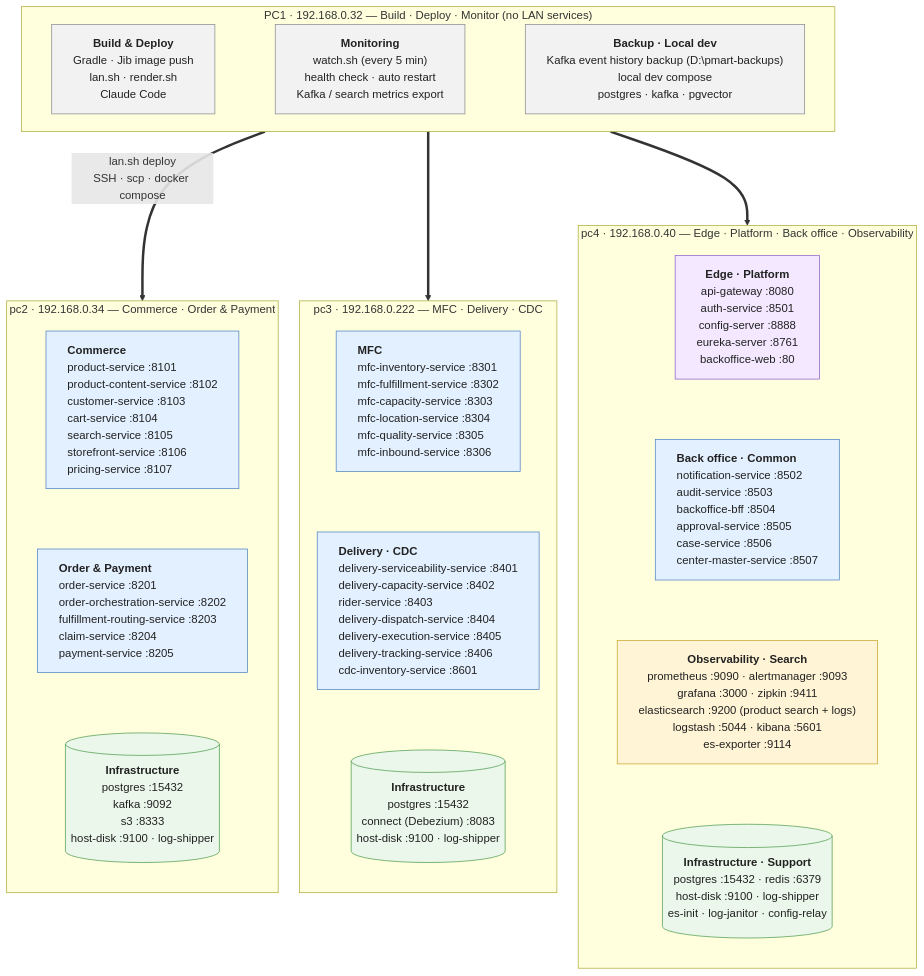
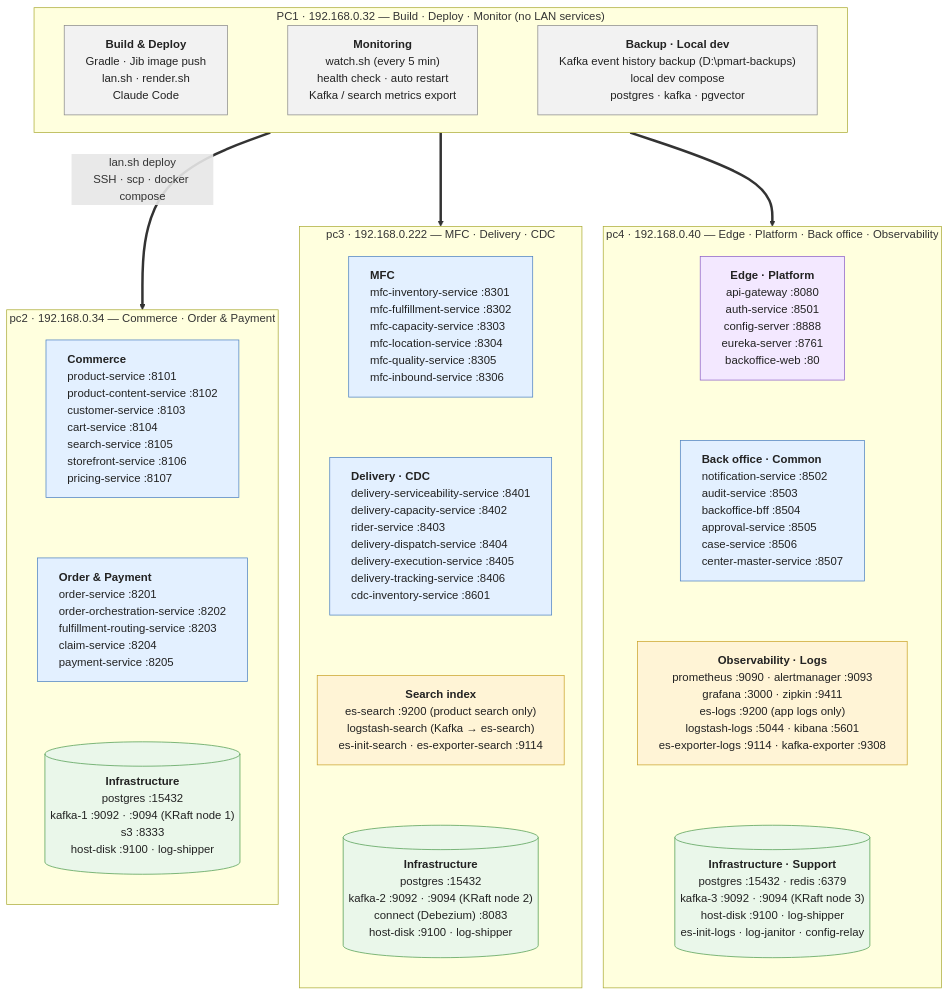
Before and after one commit to SOS040/pmart-backend-fork: the diagram in docs/architecture/diagrams/lan-placement.mmd, drawn with Mermaid. The commit also changed 10 other files, not shown here.

First line of the commit message:
docs: Kafka 3노드 클러스터·검색/로그 ES 분리 뒤 상태로 운영·구조 문서 갱신 (ADR-0037·0038)

```diff
--- a/docs/architecture/diagrams/lan-placement.mmd
+++ b/docs/architecture/diagrams/lan-placement.mmd
@@ -1,52 +1,53 @@
-%% LAN PC placement (2026-11-05, from deploy/lan/placement.conf and build/<pc>/compose.yml). Numbers are published ports.
+%% LAN PC placement (after 2026-11-06 switch — Kafka 3-node KRaft cluster ADR-0037, search/log ES split ADR-0038; from deploy/lan/placement.conf and build/<pc>/compose.yml). Numbers are published ports.
 %% Render: in docs/architecture/diagrams/ run  mmdc -i lan-placement.mmd -o lan-placement.png -s 3
 %%{init: {"flowchart": {"wrappingWidth": 420, "nodeSpacing": 30, "rankSpacing": 60}}}%%
 flowchart TB
     subgraph PC1["PC1 · 192.168.0.32 — Build · Deploy · Monitor (no LAN services)"]
         direction LR
         P1A["<b>Build & Deploy</b><br/>Gradle · Jib image push<br/>lan.sh · render.sh<br/>Claude Code"]
         P1B["<b>Monitoring</b><br/>watch.sh (every 5 min)<br/>health check · auto restart<br/>Kafka / search metrics export"]
         P1C["<b>Backup · Local dev</b><br/>Kafka event history backup (D:\pmart-backups)<br/>local dev compose<br/>postgres · kafka · pgvector"]
         P1A --- P1B --- P1C
     end
 
     subgraph PC2["pc2 · 192.168.0.34 — Commerce · Order & Payment"]
         direction TB
         P2C["<b>Commerce</b><br/>product-service :8101<br/>product-content-service :8102<br/>customer-service :8103<br/>cart-service :8104<br/>search-service :8105<br/>storefront-service :8106<br/>pricing-service :8107"]
         P2O["<b>Order & Payment</b><br/>order-service :8201<br/>order-orchestration-service :8202<br/>fulfillment-routing-service :8203<br/>claim-service :8204<br/>payment-service :8205"]
-        P2I[("<b>Infrastructure</b><br/>postgres :15432<br/>kafka :9092<br/>s3 :8333<br/>host-disk :9100 · log-shipper")]
+        P2I[("<b>Infrastructure</b><br/>postgres :15432<br/>kafka-1 :9092 · :9094 (KRaft node 1)<br/>s3 :8333<br/>host-disk :9100 · log-shipper")]
         P2C --- P2O --- P2I
     end
 
     subgraph PC3["pc3 · 192.168.0.222 — MFC · Delivery · CDC"]
         direction TB
         P3M["<b>MFC</b><br/>mfc-inventory-service :8301<br/>mfc-fulfillment-service :8302<br/>mfc-capacity-service :8303<br/>mfc-location-service :8304<br/>mfc-quality-service :8305<br/>mfc-inbound-service :8306"]
         P3D["<b>Delivery · CDC</b><br/>delivery-serviceability-service :8401<br/>delivery-capacity-service :8402<br/>rider-service :8403<br/>delivery-dispatch-service :8404<br/>delivery-execution-service :8405<br/>delivery-tracking-service :8406<br/>cdc-inventory-service :8601"]
-        P3I[("<b>Infrastructure</b><br/>postgres :15432<br/>connect (Debezium) :8083<br/>host-disk :9100 · log-shipper")]
-        P3M --- P3D --- P3I
+        P3S["<b>Search index</b><br/>es-search :9200 (product search only)<br/>logstash-search (Kafka → es-search)<br/>es-init-search · es-exporter-search :9114"]
+        P3I[("<b>Infrastructure</b><br/>postgres :15432<br/>kafka-2 :9092 · :9094 (KRaft node 2)<br/>connect (Debezium) :8083<br/>host-disk :9100 · log-shipper")]
+        P3M --- P3D --- P3S --- P3I
     end
 
     subgraph PC4["pc4 · 192.168.0.40 — Edge · Platform · Back office · Observability"]
         direction TB
         P4P["<b>Edge · Platform</b><br/>api-gateway :8080<br/>auth-service :8501<br/>config-server :8888<br/>eureka-server :8761<br/>backoffice-web :80"]
         P4B["<b>Back office · Common</b><br/>notification-service :8502<br/>audit-service :8503<br/>backoffice-bff :8504<br/>approval-service :8505<br/>case-service :8506<br/>center-master-service :8507"]
-        P4O["<b>Observability · Search</b><br/>prometheus :9090 · alertmanager :9093<br/>grafana :3000 · zipkin :9411<br/>elasticsearch :9200 (product search + logs)<br/>logstash :5044 · kibana :5601<br/>es-exporter :9114"]
-        P4I[("<b>Infrastructure · Support</b><br/>postgres :15432 · redis :6379<br/>host-disk :9100 · log-shipper<br/>es-init · log-janitor · config-relay")]
+        P4O["<b>Observability · Logs</b><br/>prometheus :9090 · alertmanager :9093<br/>grafana :3000 · zipkin :9411<br/>es-logs :9200 (app logs only)<br/>logstash-logs :5044 · kibana :5601<br/>es-exporter-logs :9114 · kafka-exporter :9308"]
+        P4I[("<b>Infrastructure · Support</b><br/>postgres :15432 · redis :6379<br/>kafka-3 :9092 · :9094 (KRaft node 3)<br/>host-disk :9100 · log-shipper<br/>es-init-logs · log-janitor · config-relay")]
         P4P --- P4B --- P4O --- P4I
     end
 
     PC1 == "lan.sh deploy<br/>SSH · scp · docker compose" ==> PC2
     PC1 ==> PC3
     PC1 ==> PC4
 
     classDef svc fill:#e3f0ff,stroke:#4a7fc1,color:#222,text-align:left
     classDef infra fill:#eaf7ea,stroke:#4c9a4c,color:#222
     classDef obs fill:#fff4d6,stroke:#c9a227,color:#222
     classDef plat fill:#f3e8ff,stroke:#8a5cc7,color:#222
     classDef pc1 fill:#f2f2f2,stroke:#888,color:#222
     class P2C,P2O,P3M,P3D,P4B svc
     class P2I,P3I,P4I infra
-    class P4O obs
+    class P4O,P3S obs
     class P4P plat
     class P1A,P1B,P1C pc1
-    linkStyle 0,1,2,3,4,5,6,7,8 stroke:transparent
+    linkStyle 0,1,2,3,4,5,6,7,8,9 stroke:transparent
```
